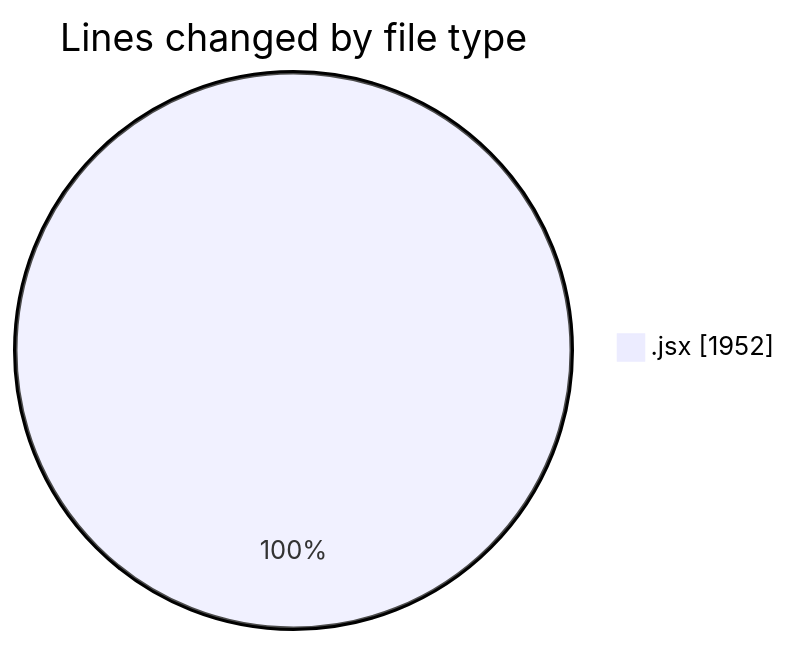
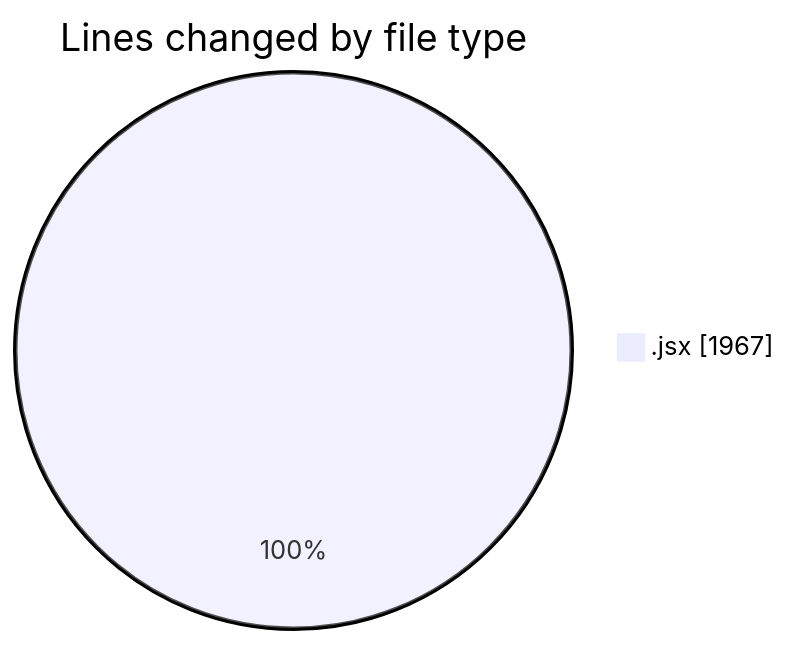
One commit to nxtqubesakshisongat/code-tracking changed the first of 2 diagrams in 2025-05-14/argos-dev/README.md. Above: the diagram before and after it, drawn with Mermaid. The commit also changed other lines of this file and 1 other file, not shown here.

````diff
--- a/2025-05-14/argos-dev/README.md
+++ b/2025-05-14/argos-dev/README.md
@@ -24,5 +24,5 @@
 ```mermaid
 pie showData
 title Lines changed by file type
-".jsx" : 1952
+".jsx" : 1967
 ```
````
